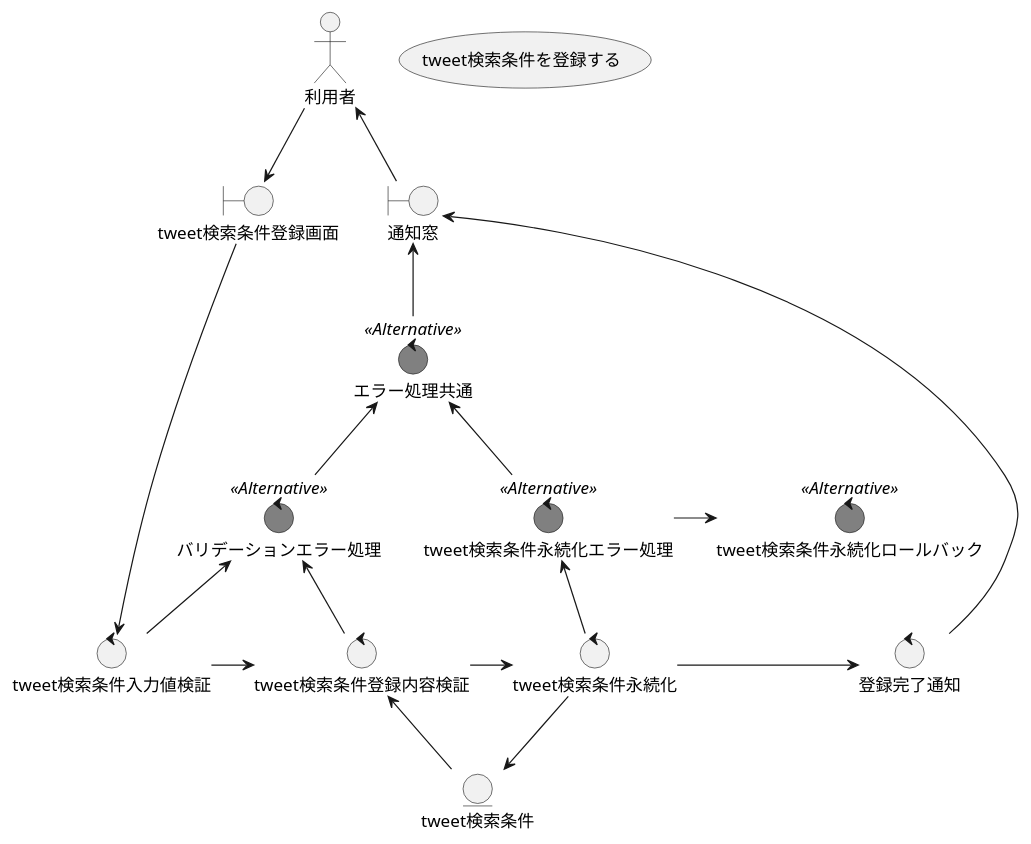
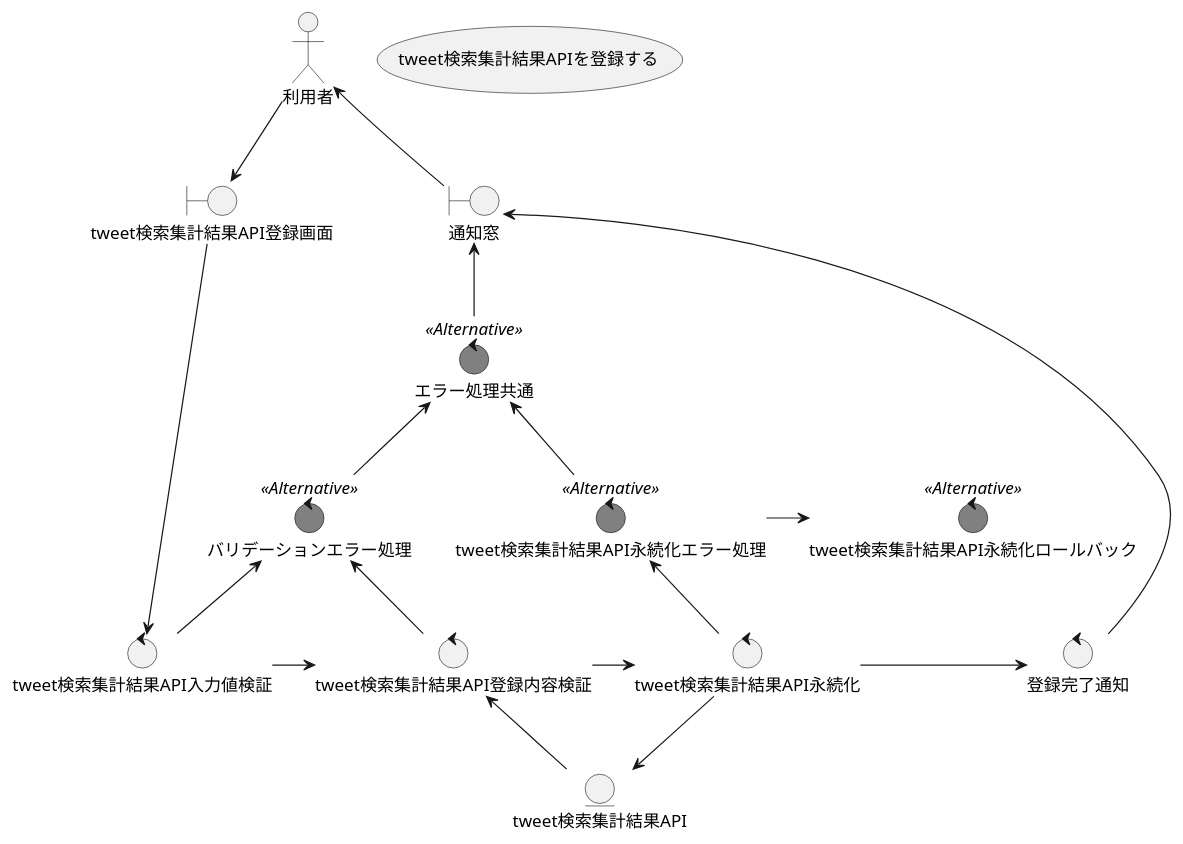
Before and after one commit to wand2016/twitter-counter-api-generator: the diagram in analysis/create_search_conditions/robustness.puml, drawn with PlantUML. The commit also changed 1 other file, not shown here.

```diff
--- a/analysis/create_search_conditions/robustness.puml
+++ b/analysis/create_search_conditions/robustness.puml
@@ -1,44 +1,44 @@
 @startuml
 
 
 'left to right direction
 
 skinparam control {
   BackgroundColor<<Alternative>> Gray
 
 }
 
-usecase tweet検索条件を登録する
+usecase tweet検索集計結果APIを登録する
 
 actor 利用者
-boundary tweet検索条件登録画面
-entity tweet検索条件
-control tweet検索条件入力値検証
-control tweet検索条件登録内容検証
-control tweet検索条件永続化
+boundary tweet検索集計結果API登録画面
+entity tweet検索集計結果API
+control tweet検索集計結果API入力値検証
+control tweet検索集計結果API登録内容検証
+control tweet検索集計結果API永続化
 control 登録完了通知
 control エラー処理共通 <<Alternative>>
 control バリデーションエラー処理 <<Alternative>>
-control tweet検索条件永続化エラー処理 <<Alternative>>
-control tweet検索条件永続化ロールバック <<Alternative>>
+control tweet検索集計結果API永続化エラー処理 <<Alternative>>
+control tweet検索集計結果API永続化ロールバック <<Alternative>>
 boundary 通知窓
 
-利用者 -d-> tweet検索条件登録画面
-tweet検索条件登録画面 -d---> tweet検索条件入力値検証
-tweet検索条件入力値検証 -r-> tweet検索条件登録内容検証
-tweet検索条件登録内容検証 <-d- tweet検索条件
-tweet検索条件登録内容検証 -r-> tweet検索条件永続化
-tweet検索条件永続化 -d-> tweet検索条件
-tweet検索条件永続化 -r-> 登録完了通知
+利用者 -d-> tweet検索集計結果API登録画面
+tweet検索集計結果API登録画面 -d---> tweet検索集計結果API入力値検証
+tweet検索集計結果API入力値検証 -r-> tweet検索集計結果API登録内容検証
+tweet検索集計結果API登録内容検証 <-d- tweet検索集計結果API
+tweet検索集計結果API登録内容検証 -r-> tweet検索集計結果API永続化
+tweet検索集計結果API永続化 -d-> tweet検索集計結果API
+tweet検索集計結果API永続化 -r-> 登録完了通知
 登録完了通知 -u---> 通知窓
 通知窓 -l-> 利用者
 
 エラー処理共通 -u-> 通知窓
-tweet検索条件入力値検証 -u-> バリデーションエラー処理
-tweet検索条件登録内容検証 -u-> バリデーションエラー処理
+tweet検索集計結果API入力値検証 -u-> バリデーションエラー処理
+tweet検索集計結果API登録内容検証 -u-> バリデーションエラー処理
 バリデーションエラー処理 -u-> エラー処理共通
-tweet検索条件永続化 -u-> tweet検索条件永続化エラー処理
-tweet検索条件永続化エラー処理 -r-> tweet検索条件永続化ロールバック
-tweet検索条件永続化エラー処理 -u-> エラー処理共通
+tweet検索集計結果API永続化 -u-> tweet検索集計結果API永続化エラー処理
+tweet検索集計結果API永続化エラー処理 -r-> tweet検索集計結果API永続化ロールバック
+tweet検索集計結果API永続化エラー処理 -u-> エラー処理共通
 
 @enduml
```
